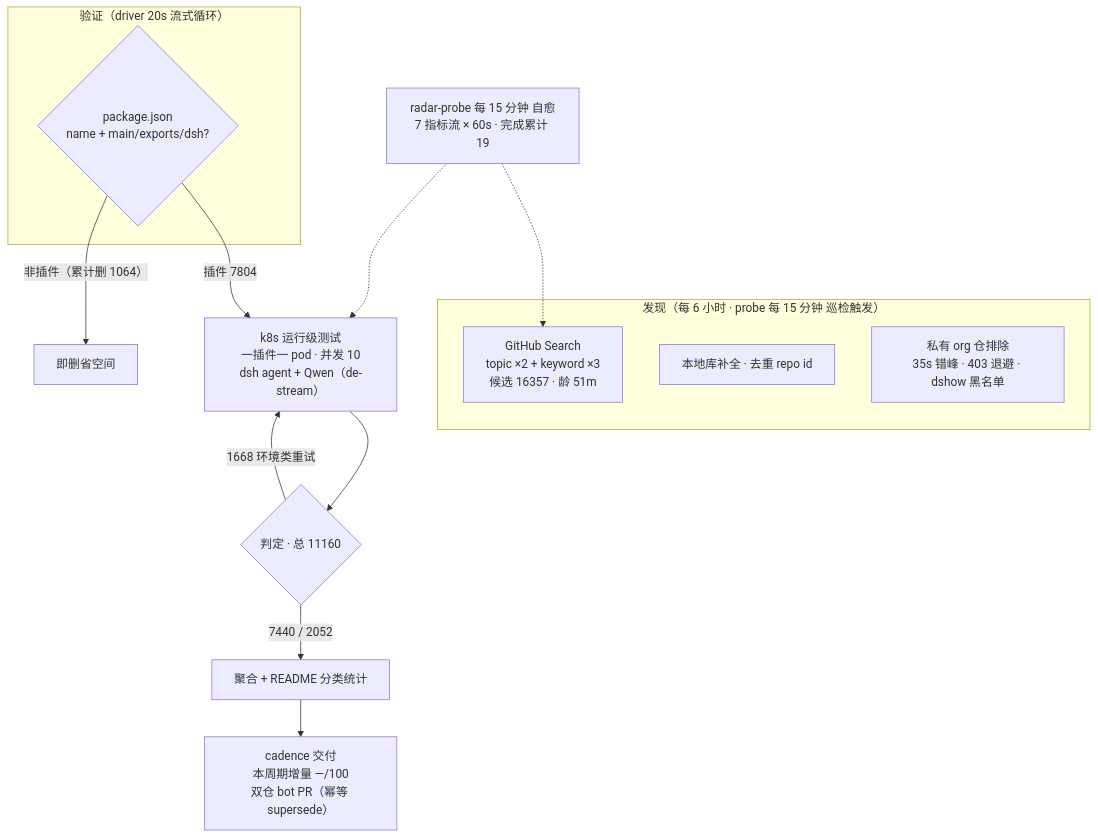
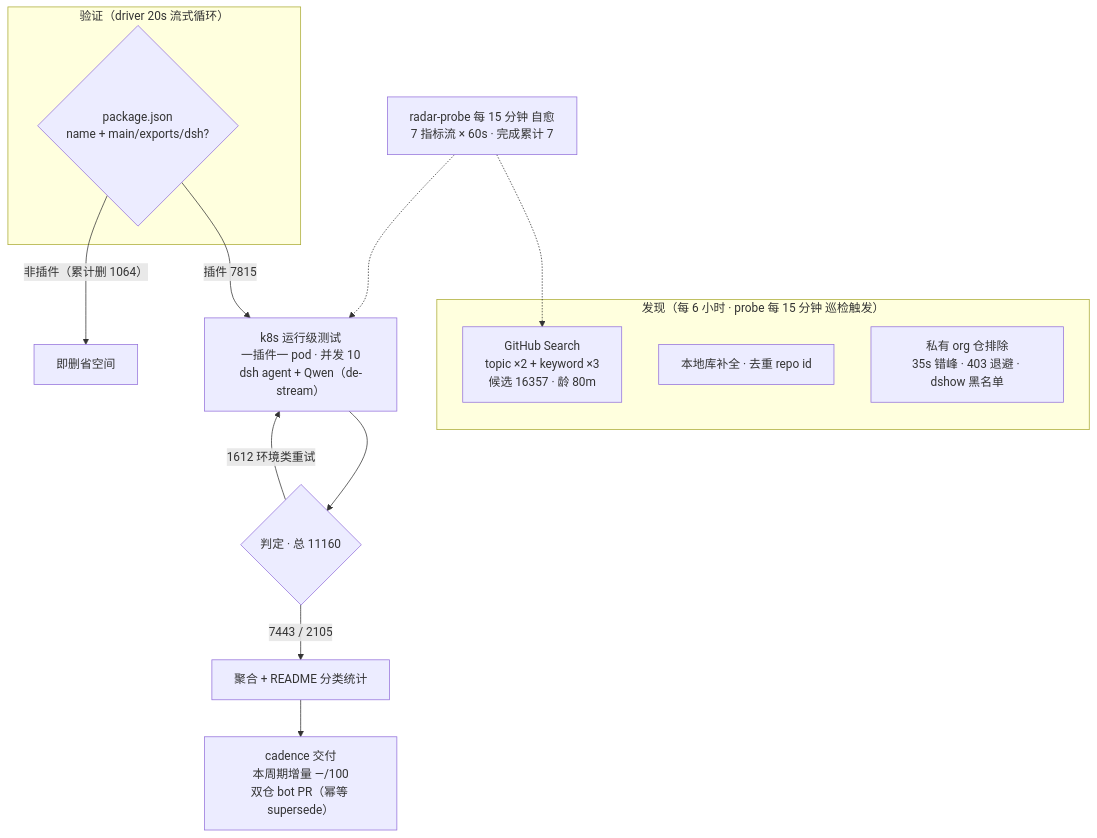
One commit to Zhidao-Lab-OSS/awesome-dsh-plugins changed the diagram in README.md. Above: the diagram before and after it, drawn with Mermaid. The commit also changed other lines of this file and 1 other file, not shown here.

````diff
--- a/README.md
+++ b/README.md
@@ -52,20 +52,20 @@
 ```mermaid
 flowchart TB
     subgraph Discovery["发现（每 6 小时 · probe 每 15 分钟 巡检触发）"]
-        A1["GitHub Search<br/>topic ×2 + keyword ×3<br/>候选 16357 · 龄 51m"]
+        A1["GitHub Search<br/>topic ×2 + keyword ×3<br/>候选 16357 · 龄 80m"]
         A2["本地库补全 · 去重 repo id"]
         A3["私有 org 仓排除<br/>35s 错峰 · 403 退避 · dshow 黑名单"]
     end
     subgraph Validation["验证（driver 20s 流式循环）"]
         B1{"package.json<br/>name + main/exports/dsh?"}
     end
-    B1 -->|"插件 7804"| C1["k8s 运行级测试<br/>一插件一 pod · 并发 10<br/>dsh agent + Qwen（de-stream）"]
+    B1 -->|"插件 7815"| C1["k8s 运行级测试<br/>一插件一 pod · 并发 10<br/>dsh agent + Qwen（de-stream）"]
     B1 -->|"非插件（累计删 1064）"| B3["即删省空间"]
     C1 --> D1{"判定 · 总 11160"}
-    D1 -->|"7440 / 2052"| E1["聚合 + README 分类统计"]
-    D1 -->|"1668 环境类重试"| C1
+    D1 -->|"7443 / 2105"| E1["聚合 + README 分类统计"]
+    D1 -->|"1612 环境类重试"| C1
     E1 --> E2["cadence 交付<br/>本周期增量 —/100<br/>双仓 bot PR（幂等 supersede）"]
-    M["radar-probe 每 15 分钟 自愈<br/>7 指标流 × 60s · 完成累计 19"]
+    M["radar-probe 每 15 分钟 自愈<br/>7 指标流 × 60s · 完成累计 7"]
     M -.-> A1
     M -.-> C1
 ```
````
